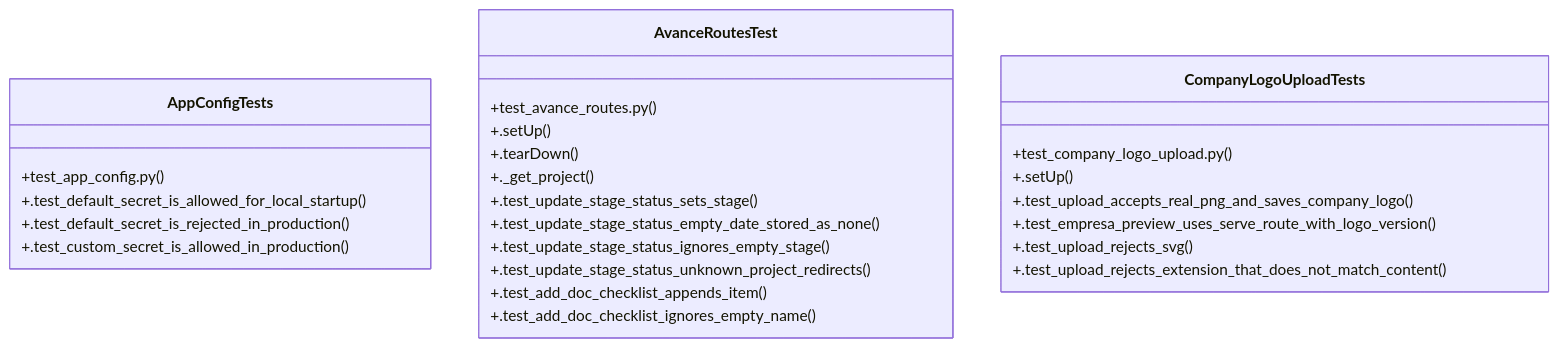
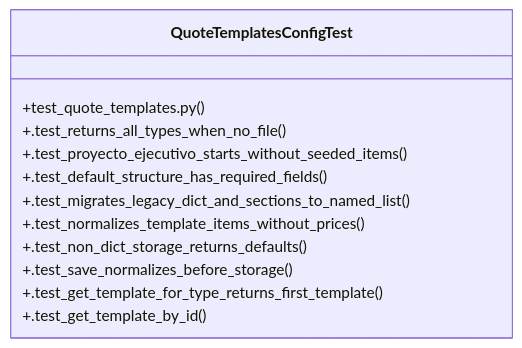
The diagram in graphify-out/wiki/Community_14.md (Daftrick/ProjectTracker), drawn with Mermaid before and after one commit. The commit also changed other lines of this file and 522 other files, not shown here.

````diff
--- a/graphify-out/wiki/Community_14.md
+++ b/graphify-out/wiki/Community_14.md
@@ -36,29 +36,15 @@
 ```mermaid
 classDiagram
-    class AppConfigTests {
-        +test_app_config.py()
-        +.test_default_secret_is_allowed_for_local_startup()
-        +.test_default_secret_is_rejected_in_production()
-        +.test_custom_secret_is_allowed_in_production()
-    }
-    class AvanceRoutesTest {
-        +test_avance_routes.py()
-        +.setUp()
-        +.tearDown()
-        +._get_project()
-        +.test_update_stage_status_sets_stage()
-        +.test_update_stage_status_empty_date_stored_as_none()
-        +.test_update_stage_status_ignores_empty_stage()
-        +.test_update_stage_status_unknown_project_redirects()
-        +.test_add_doc_checklist_appends_item()
-        +.test_add_doc_checklist_ignores_empty_name()
-    }
-    class CompanyLogoUploadTests {
-        +test_company_logo_upload.py()
-        +.setUp()
-        +.test_upload_accepts_real_png_and_saves_company_logo()
-        +.test_empresa_preview_uses_serve_route_with_logo_version()
-        +.test_upload_rejects_svg()
-        +.test_upload_rejects_extension_that_does_not_match_content()
+    class QuoteTemplatesConfigTest {
+        +test_quote_templates.py()
+        +.test_returns_all_types_when_no_file()
+        +.test_proyecto_ejecutivo_starts_without_seeded_items()
+        +.test_default_structure_has_required_fields()
+        +.test_migrates_legacy_dict_and_sections_to_named_list()
+        +.test_normalizes_template_items_without_prices()
+        +.test_non_dict_storage_returns_defaults()
+        +.test_save_normalizes_before_storage()
+        +.test_get_template_for_type_returns_first_template()
+        +.test_get_template_by_id()
     }
 ```
````
